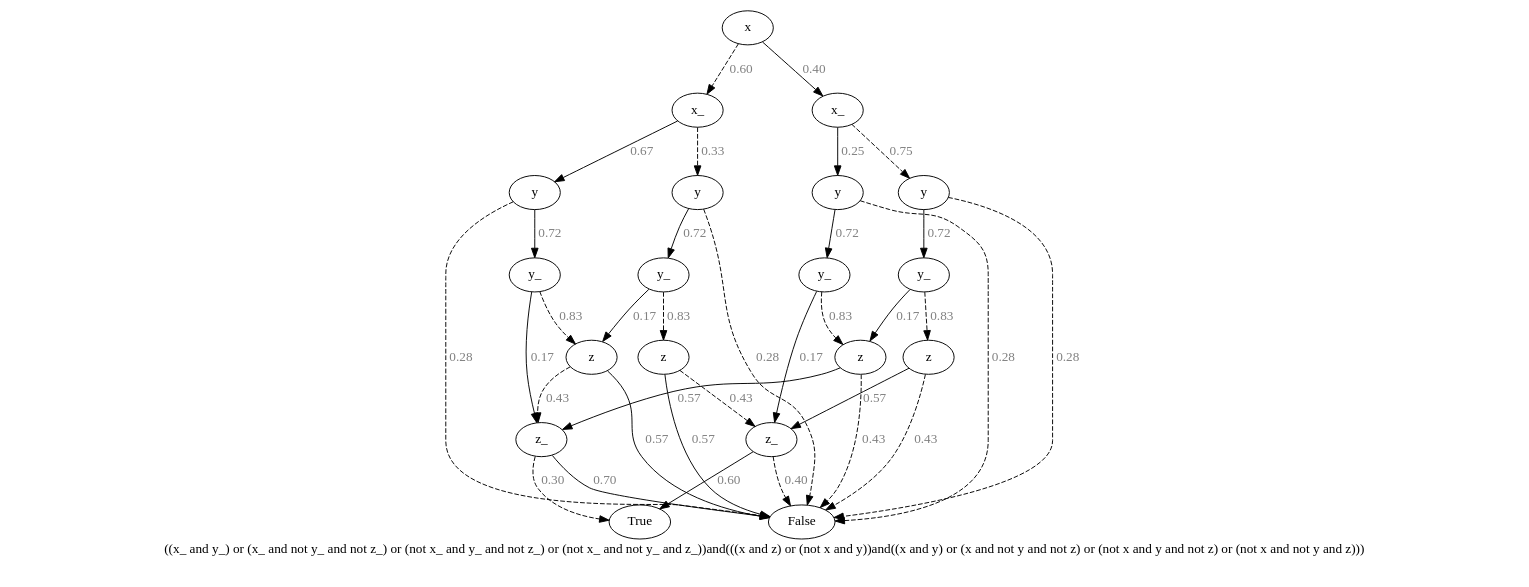
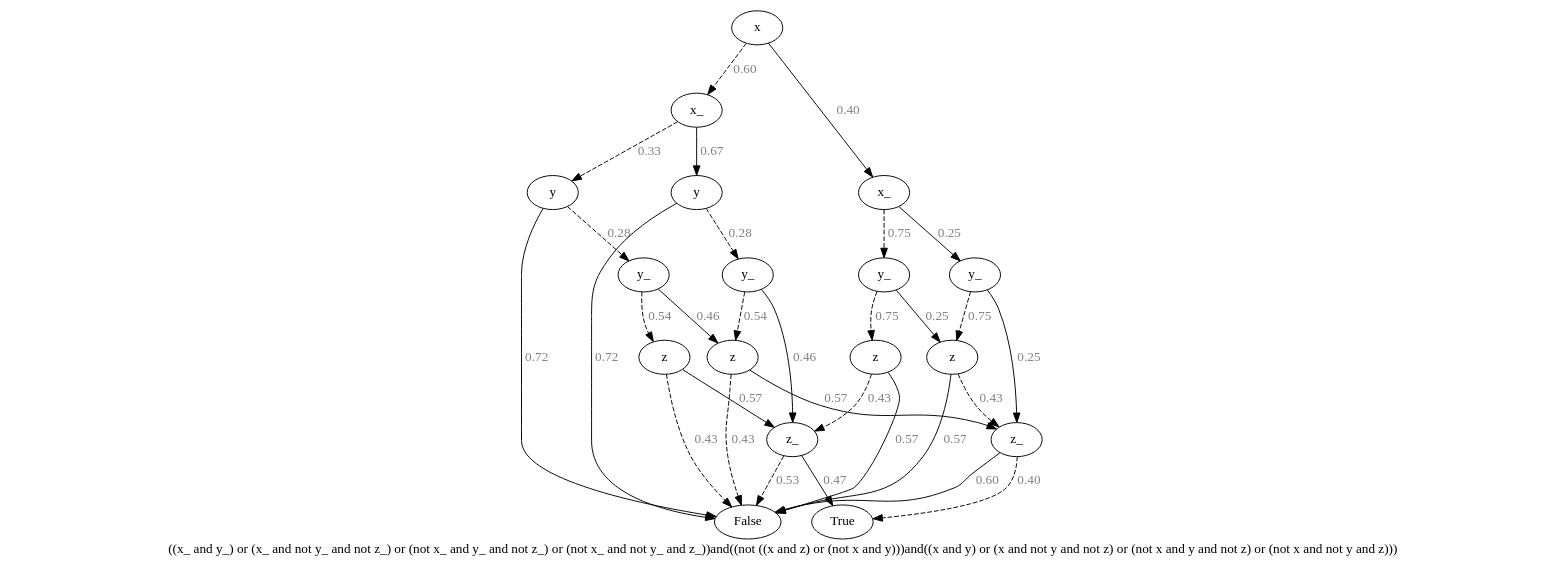
Before and after one commit to O1ez/IncreasingResilienceOfAutomatedVehicles: the diagram in out/_start_6_bdd_tp.dot, drawn with Graphviz. The commit also changed 15 other files, not shown here.

```diff
--- a/out/_start_6_bdd_tp.dot
+++ b/out/_start_6_bdd_tp.dot
@@ -1,105 +1,93 @@
 digraph{
-label="((x_ and y_) or (x_ and not y_ and not z_) or (not x_ and y_ and not z_) or (not x_ and not y_ and z_))and(((x and z) or (not x and y))and((x and y) or (x and not y and not z) or (not x and y and not z) or (not x and not y and z)))\n\n"
-2996655558960[label=x]2996655560400[label="x_
+label="((x_ and y_) or (x_ and not y_ and not z_) or (not x_ and y_ and not z_) or (not x_ and not y_ and z_))and((not ((x and z) or (not x and y)))and((x and y) or (x and not y and not z) or (not x and y and not z) or (not x and not y and z)))\n\n"
+1987287140624[label=x]1987287143184[label="x_
 "]
-2996655558960 -> 2996655560400[style=dashed label="0.60" fontcolor = gray]
-2996655560880[label="y
+1987287140624 -> 1987287143184[style=dashed label="0.60" fontcolor = gray]
+1987287144944[label="y
 "]
-2996655560400 -> 2996655560880[style=dashed label="0.33" fontcolor = gray]
-2996655561040[label="False
+1987287143184 -> 1987287144944[style=dashed label="0.33" fontcolor = gray]
+1987287146064[label="y_
 "]
-2996655560880 -> 2996655561040[style=dashed label="0.28" fontcolor = gray]
-2996655557840[label="y_
+1987287144944 -> 1987287146064[style=dashed label="0.28" fontcolor = gray]
+1987287141584[label="z
 "]
-2996655560880 -> 2996655557840 [label="0.72" fontcolor = gray]
-2996655560720[label="z
+1987287146064 -> 1987287141584[style=dashed label="0.54" fontcolor = gray]
+1987287142544[label="False
 "]
-2996655557840 -> 2996655560720[style=dashed label="0.83" fontcolor = gray]
-2996655560080[label="z_
+1987287141584 -> 1987287142544[style=dashed label="0.43" fontcolor = gray]
+1987287145264[label="z_
 "]
-2996655560720 -> 2996655560080[style=dashed label="0.43" fontcolor = gray]
-2996655561040[label="False
+1987287141584 -> 1987287145264 [label="0.57" fontcolor = gray]
+1987287142544[label="False
 "]
-2996655560080 -> 2996655561040[style=dashed label="0.40" fontcolor = gray]
-2996655562160[label="True
+1987287145264 -> 1987287142544[style=dashed label="0.53" fontcolor = gray]
+1987287145424[label="True
 "]
-2996655560080 -> 2996655562160 [label="0.60" fontcolor = gray]
-2996655561040[label="False
+1987287145264 -> 1987287145424 [label="0.47" fontcolor = gray]
+1987287146384[label="z
 "]
-2996655560720 -> 2996655561040 [label="0.57" fontcolor = gray]
-2996655560560[label="z
+1987287146064 -> 1987287146384 [label="0.46" fontcolor = gray]
+1987287142544[label="False
 "]
-2996655557840 -> 2996655560560 [label="0.17" fontcolor = gray]
-2996655558000[label="z_
+1987287146384 -> 1987287142544[style=dashed label="0.43" fontcolor = gray]
+1987287143504[label="z_
 "]
-2996655560560 -> 2996655558000[style=dashed label="0.43" fontcolor = gray]
-2996655562160[label="True
+1987287146384 -> 1987287143504 [label="0.57" fontcolor = gray]
+1987287145424[label="True
 "]
-2996655558000 -> 2996655562160[style=dashed label="0.30" fontcolor = gray]
-2996655561040[label="False
+1987287143504 -> 1987287145424[style=dashed label="0.40" fontcolor = gray]
+1987287142544[label="False
 "]
-2996655558000 -> 2996655561040 [label="0.70" fontcolor = gray]
-2996655561040[label="False
+1987287143504 -> 1987287142544 [label="0.60" fontcolor = gray]
+1987287142544[label="False
 "]
-2996655560560 -> 2996655561040 [label="0.57" fontcolor = gray]
-2996655562320[label="y
+1987287144944 -> 1987287142544 [label="0.72" fontcolor = gray]
+1987287144624[label="y
 "]
-2996655560400 -> 2996655562320 [label="0.67" fontcolor = gray]
-2996655561040[label="False
+1987287143184 -> 1987287144624 [label="0.67" fontcolor = gray]
+1987287140784[label="y_
 "]
-2996655562320 -> 2996655561040[style=dashed label="0.28" fontcolor = gray]
-2996655555440[label="y_
+1987287144624 -> 1987287140784[style=dashed label="0.28" fontcolor = gray]
+1987287146384[label="z
 "]
-2996655562320 -> 2996655555440 [label="0.72" fontcolor = gray]
-2996655560560[label="z
+1987287140784 -> 1987287146384[style=dashed label="0.54" fontcolor = gray]
+1987287145264[label="z_
 "]
-2996655555440 -> 2996655560560[style=dashed label="0.83" fontcolor = gray]
-2996655558000[label="z_
+1987287140784 -> 1987287145264 [label="0.46" fontcolor = gray]
+1987287142544[label="False
 "]
-2996655555440 -> 2996655558000 [label="0.17" fontcolor = gray]
-2996655561200[label="x_
+1987287144624 -> 1987287142544 [label="0.72" fontcolor = gray]
+1987287144144[label="x_
 "]
-2996655558960 -> 2996655561200 [label="0.40" fontcolor = gray]
-2996655556240[label="y
+1987287140624 -> 1987287144144 [label="0.40" fontcolor = gray]
+1987287147824[label="y_
 "]
-2996655561200 -> 2996655556240[style=dashed label="0.75" fontcolor = gray]
-2996655561040[label="False
+1987287144144 -> 1987287147824[style=dashed label="0.75" fontcolor = gray]
+1987287148144[label="z
 "]
-2996655556240 -> 2996655561040[style=dashed label="0.28" fontcolor = gray]
-2996655564720[label="y_
+1987287147824 -> 1987287148144[style=dashed label="0.75" fontcolor = gray]
+1987287145264[label="z_
 "]
-2996655556240 -> 2996655564720 [label="0.72" fontcolor = gray]
-2996655566000[label="z
+1987287148144 -> 1987287145264[style=dashed label="0.43" fontcolor = gray]
+1987287142544[label="False
 "]
-2996655564720 -> 2996655566000[style=dashed label="0.83" fontcolor = gray]
-2996655561040[label="False
+1987287148144 -> 1987287142544 [label="0.57" fontcolor = gray]
+1987287148304[label="z
 "]
-2996655566000 -> 2996655561040[style=dashed label="0.43" fontcolor = gray]
-2996655560080[label="z_
+1987287147824 -> 1987287148304 [label="0.25" fontcolor = gray]
+1987287143504[label="z_
 "]
-2996655566000 -> 2996655560080 [label="0.57" fontcolor = gray]
-2996655566160[label="z
+1987287148304 -> 1987287143504[style=dashed label="0.43" fontcolor = gray]
+1987287142544[label="False
 "]
-2996655564720 -> 2996655566160 [label="0.17" fontcolor = gray]
-2996655561040[label="False
+1987287148304 -> 1987287142544 [label="0.57" fontcolor = gray]
+1987287147984[label="y_
 "]
-2996655566160 -> 2996655561040[style=dashed label="0.43" fontcolor = gray]
-2996655558000[label="z_
+1987287144144 -> 1987287147984 [label="0.25" fontcolor = gray]
+1987287148304[label="z
 "]
-2996655566160 -> 2996655558000 [label="0.57" fontcolor = gray]
-2996655564400[label="y
+1987287147984 -> 1987287148304[style=dashed label="0.75" fontcolor = gray]
+1987287143504[label="z_
 "]
-2996655561200 -> 2996655564400 [label="0.25" fontcolor = gray]
-2996655561040[label="False
-"]
-2996655564400 -> 2996655561040[style=dashed label="0.28" fontcolor = gray]
-2996655569040[label="y_
-"]
-2996655564400 -> 2996655569040 [label="0.72" fontcolor = gray]
-2996655566160[label="z
-"]
-2996655569040 -> 2996655566160[style=dashed label="0.83" fontcolor = gray]
-2996655560080[label="z_
-"]
-2996655569040 -> 2996655560080 [label="0.17" fontcolor = gray]
+1987287147984 -> 1987287143504 [label="0.25" fontcolor = gray]
 }
```
